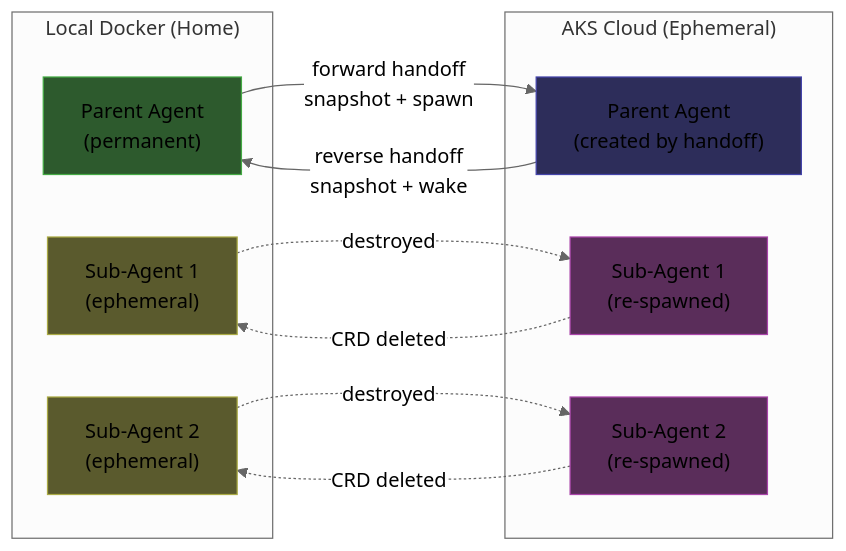
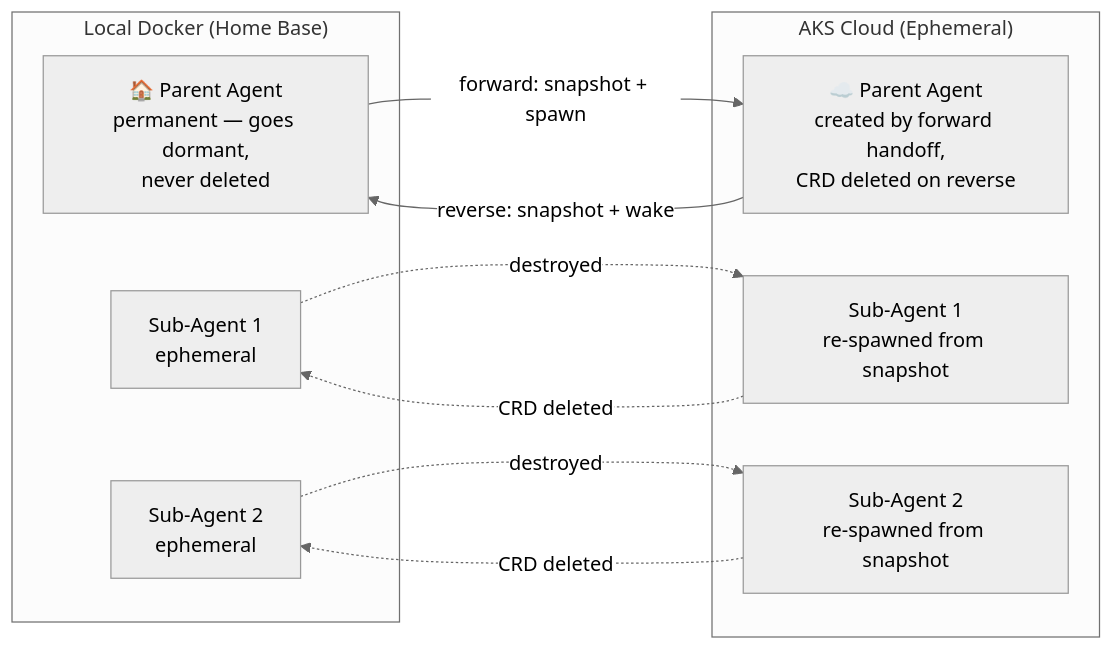
Diagram 21 of 25 in docs/architecture-diagrams.md (Azure/kars), drawn with Mermaid (neutral theme) before and after one commit. The commit also changed other lines of this file, not shown here.

First line of the commit message:
docs: fix section 12 handoff diagrams — validated against implementation

````diff
--- a/docs/architecture-diagrams.md
+++ b/docs/architecture-diagrams.md
@@ -934,28 +934,21 @@
 ```mermaid
 graph LR
-    subgraph local["Local Docker (Home)"]
-        LP["Parent Agent<br/>(permanent)"]
-        LS1["Sub-Agent 1<br/>(ephemeral)"]
-        LS2["Sub-Agent 2<br/>(ephemeral)"]
+    subgraph local["Local Docker (Home Base)"]
+        LP["🏠 Parent Agent<br/>permanent — goes dormant,<br/>never deleted"]
+        LS1["Sub-Agent 1<br/>ephemeral"]
+        LS2["Sub-Agent 2<br/>ephemeral"]
     end
 
     subgraph cloud["AKS Cloud (Ephemeral)"]
-        CP["Parent Agent<br/>(created by handoff)"]
-        CS1["Sub-Agent 1<br/>(re-spawned)"]
-        CS2["Sub-Agent 2<br/>(re-spawned)"]
+        CP["☁️ Parent Agent<br/>created by forward handoff,<br/>CRD deleted on reverse"]
+        CS1["Sub-Agent 1<br/>re-spawned from snapshot"]
+        CS2["Sub-Agent 2<br/>re-spawned from snapshot"]
     end
 
-    LP -->|"forward handoff<br/>snapshot + spawn"| CP
+    LP -->|"forward: snapshot + spawn"| CP
     LS1 -.->|"destroyed"| CS1
     LS2 -.->|"destroyed"| CS2
-    CP -->|"reverse handoff<br/>snapshot + wake"| LP
+    CP -->|"reverse: snapshot + wake"| LP
     CS1 -.->|"CRD deleted"| LS1
     CS2 -.->|"CRD deleted"| LS2
-
-    style LP fill:#2d5a2d,stroke:#4a4
-    style CP fill:#2d2d5a,stroke:#44a
-    style LS1 fill:#5a5a2d,stroke:#aa4
-    style LS2 fill:#5a5a2d,stroke:#aa4
-    style CS1 fill:#5a2d5a,stroke:#a4a
-    style CS2 fill:#5a2d5a,stroke:#a4a
 ```
````
